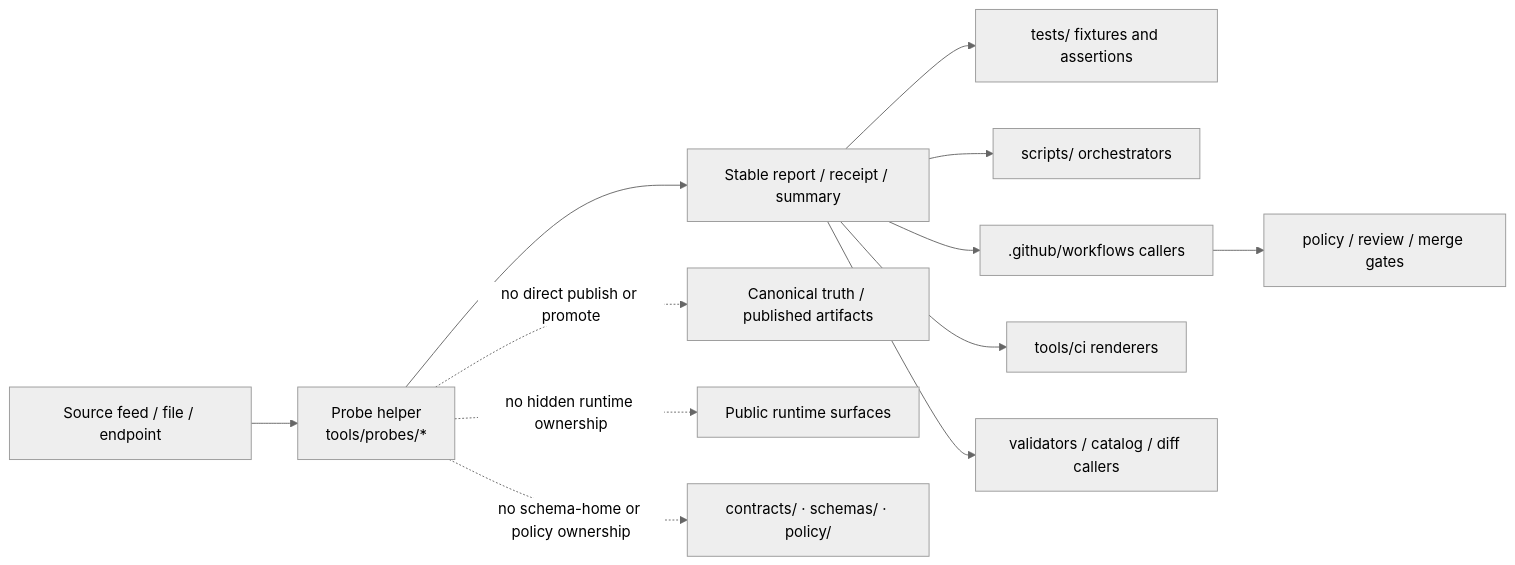
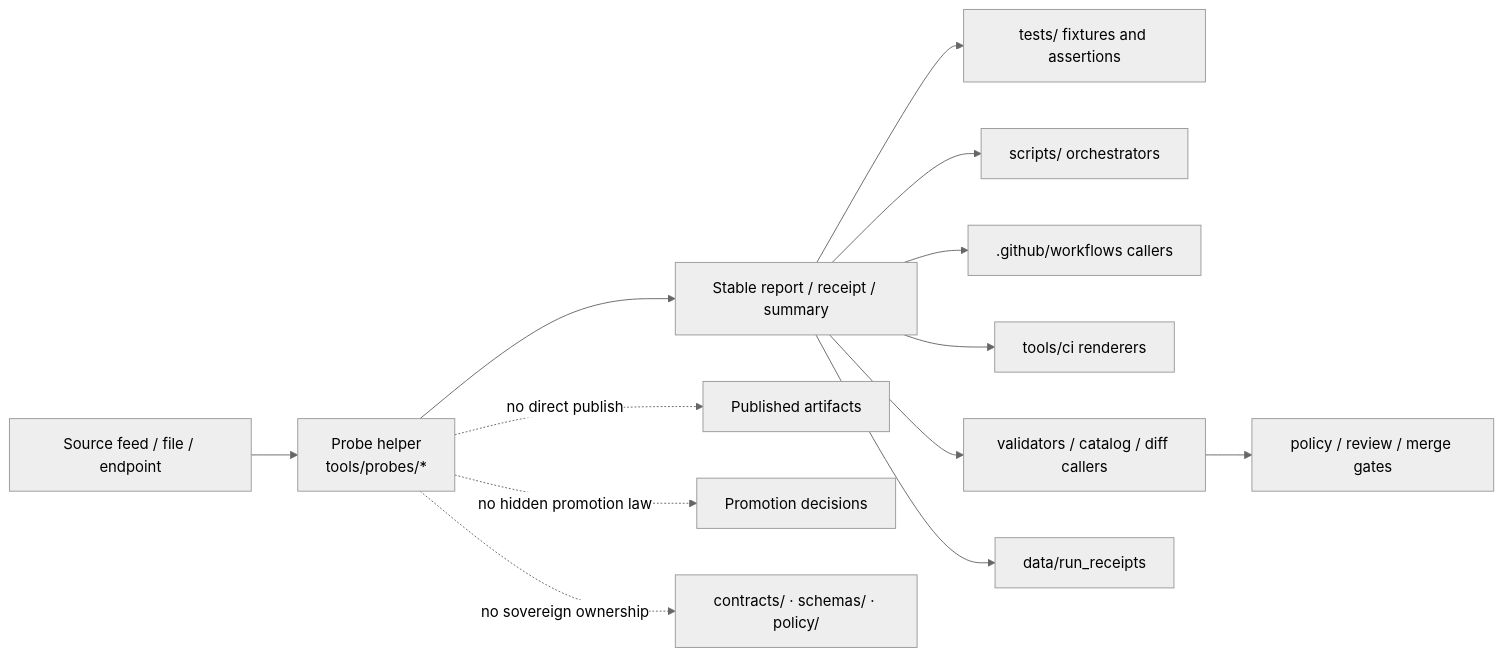
The diagram in tools/probes/README.md (bartytime4life/Kansas-Frontier-Matrix), drawn with Mermaid (neutral theme) before and after one commit. The commit also changed other lines of this file, not shown here.

````diff
--- a/tools/probes/README.md
+++ b/tools/probes/README.md
@@ -347,15 +397,17 @@
 ```mermaid
 flowchart LR
     A[Source feed / file / endpoint] --> B[Probe helper<br/>tools/probes/*]
     B --> C[Stable report / receipt / summary]
     C --> D[tests/ fixtures and assertions]
     C --> E[scripts/ orchestrators]
     C --> F[.github/workflows callers]
     C --> G[tools/ci renderers]
     C --> H[validators / catalog / diff callers]
-    F --> I[policy / review / merge gates]
+    C --> I[data/run_receipts]
 
-    B -. no direct publish or promote .-> J[Canonical truth / published artifacts]
-    B -. no hidden runtime ownership .-> K[Public runtime surfaces]
-    B -. no schema-home or policy ownership .-> L[contracts/ · schemas/ · policy/]
+    H --> J[policy / review / merge gates]
+
+    B -. no direct publish .-> K[Published artifacts]
+    B -. no hidden promotion law .-> L[Promotion decisions]
+    B -. no sovereign ownership .-> M[contracts/ · schemas/ · policy/]
 ```
````
